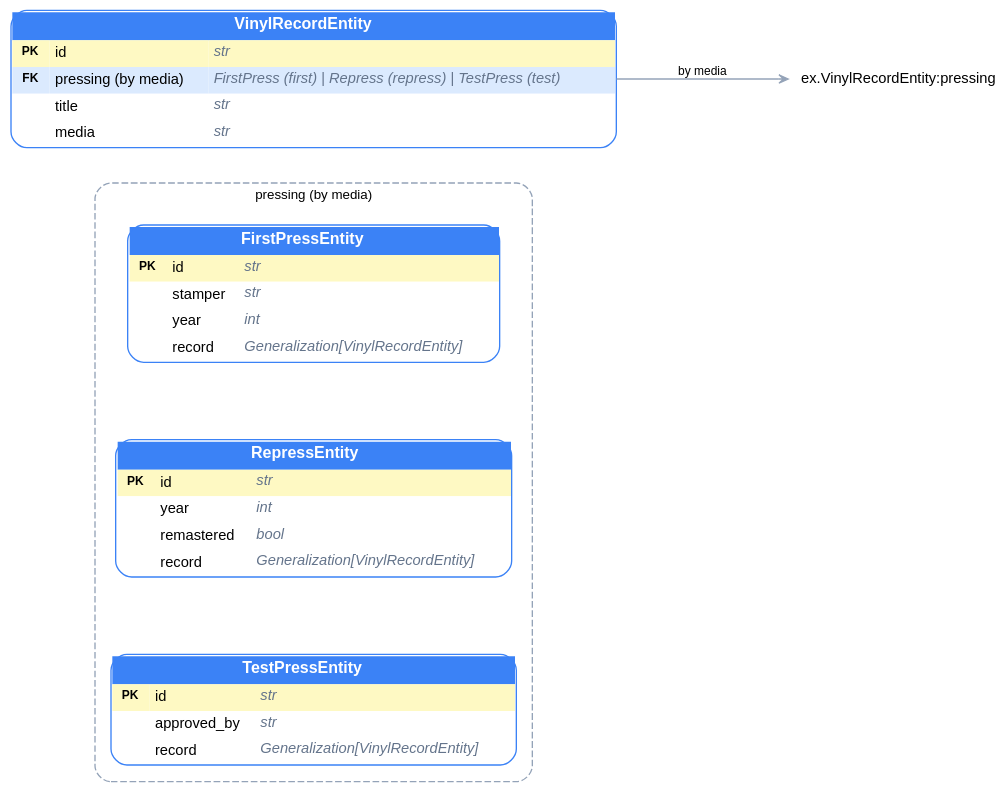
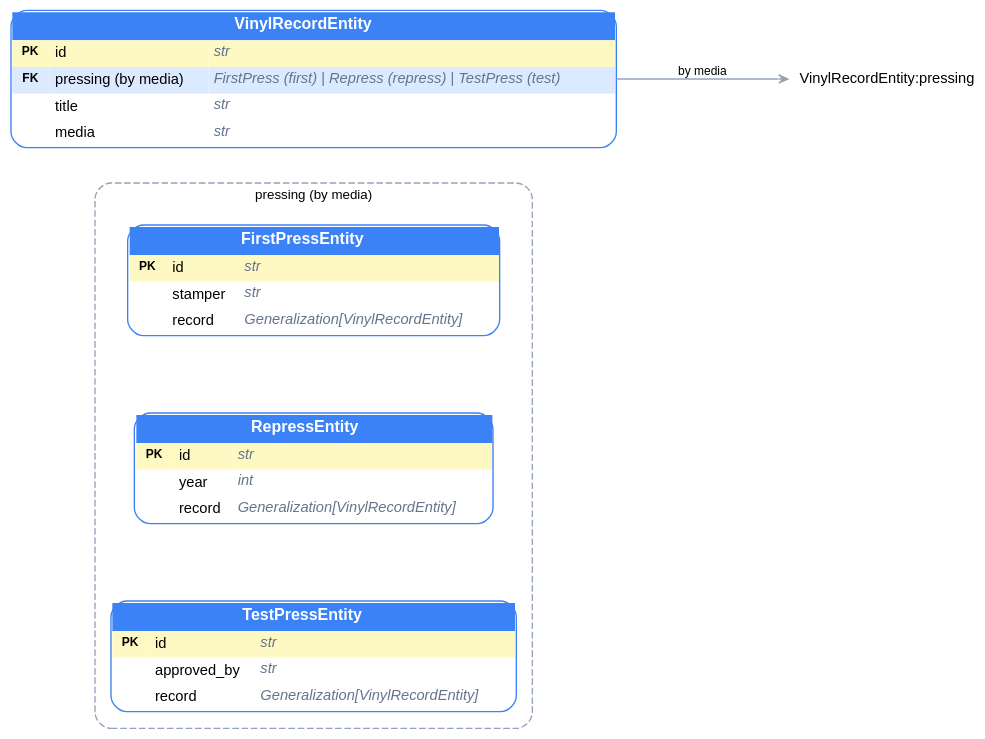
The diagram in examples/step_21_relations/02_specialization_erd.dot (bystrovmaxim/aoa), drawn with Graphviz before and after one commit. The commit also changed 84 other files, not shown here.

```diff
--- a/examples/step_21_relations/02_specialization_erd.dot
+++ b/examples/step_21_relations/02_specialization_erd.dot
@@ -1,30 +1,28 @@
 digraph ERD {
   graph [rankdir=LR fontname="Helvetica" bgcolor=transparent pad="0.5" nodesep="0.8" ranksep="1.2"]
   node  [shape=none fontname="Helvetica" fontsize=11 margin="0"]
   edge  [fontname="Helvetica" fontsize=9 color="#94a3b8" arrowsize=0.7]
 
-  subgraph "cluster_ex.VinylRecordEntity:pressing" {
+  subgraph "cluster_VinylRecordEntity:pressing" {
     label="pressing (by media)";
     style="rounded,dashed";
     color="#94a3b8";
     fontsize=10;
     margin=12;
-  "ex.FirstPressEntity" [label=<<TABLE BGCOLOR="white" BORDER="1" CELLBORDER="0" CELLSPACING="0" CELLPADDING="4" STYLE="ROUNDED" COLOR="#3b82f6"><TR><TD COLSPAN="3" BGCOLOR="#3b82f6" ALIGN="CENTER"><FONT COLOR="white" POINT-SIZE="12"><B>FirstPressEntity</B></FONT></TD></TR><TR><TD BGCOLOR="#fef9c3" ALIGN="CENTER" WIDTH="28"><FONT POINT-SIZE="9"><B>PK</B></FONT></TD><TD BGCOLOR="#fef9c3" ALIGN="LEFT">id</TD><TD BGCOLOR="#fef9c3" ALIGN="LEFT"><FONT COLOR="#64748b"><I>str</I></FONT></TD></TR>
+  "FirstPressEntity" [label=<<TABLE BGCOLOR="white" BORDER="1" CELLBORDER="0" CELLSPACING="0" CELLPADDING="4" STYLE="ROUNDED" COLOR="#3b82f6"><TR><TD COLSPAN="3" BGCOLOR="#3b82f6" ALIGN="CENTER"><FONT COLOR="white" POINT-SIZE="12"><B>FirstPressEntity</B></FONT></TD></TR><TR><TD BGCOLOR="#fef9c3" ALIGN="CENTER" WIDTH="28"><FONT POINT-SIZE="9"><B>PK</B></FONT></TD><TD BGCOLOR="#fef9c3" ALIGN="LEFT">id</TD><TD BGCOLOR="#fef9c3" ALIGN="LEFT"><FONT COLOR="#64748b"><I>str</I></FONT></TD></TR>
       <TR><TD BGCOLOR="#ffffff" WIDTH="28"></TD><TD BGCOLOR="#ffffff" ALIGN="LEFT">stamper</TD><TD BGCOLOR="#ffffff" ALIGN="LEFT"><FONT COLOR="#64748b"><I>str</I></FONT></TD></TR>
+      <TR><TD BGCOLOR="#ffffff" WIDTH="28"></TD><TD BGCOLOR="#ffffff" ALIGN="LEFT">record</TD><TD BGCOLOR="#ffffff" ALIGN="LEFT"><FONT COLOR="#64748b"><I>Generalization[VinylRecordEntity]</I></FONT></TD></TR></TABLE>>]
+  "RepressEntity" [label=<<TABLE BGCOLOR="white" BORDER="1" CELLBORDER="0" CELLSPACING="0" CELLPADDING="4" STYLE="ROUNDED" COLOR="#3b82f6"><TR><TD COLSPAN="3" BGCOLOR="#3b82f6" ALIGN="CENTER"><FONT COLOR="white" POINT-SIZE="12"><B>RepressEntity</B></FONT></TD></TR><TR><TD BGCOLOR="#fef9c3" ALIGN="CENTER" WIDTH="28"><FONT POINT-SIZE="9"><B>PK</B></FONT></TD><TD BGCOLOR="#fef9c3" ALIGN="LEFT">id</TD><TD BGCOLOR="#fef9c3" ALIGN="LEFT"><FONT COLOR="#64748b"><I>str</I></FONT></TD></TR>
       <TR><TD BGCOLOR="#ffffff" WIDTH="28"></TD><TD BGCOLOR="#ffffff" ALIGN="LEFT">year</TD><TD BGCOLOR="#ffffff" ALIGN="LEFT"><FONT COLOR="#64748b"><I>int</I></FONT></TD></TR>
       <TR><TD BGCOLOR="#ffffff" WIDTH="28"></TD><TD BGCOLOR="#ffffff" ALIGN="LEFT">record</TD><TD BGCOLOR="#ffffff" ALIGN="LEFT"><FONT COLOR="#64748b"><I>Generalization[VinylRecordEntity]</I></FONT></TD></TR></TABLE>>]
-  "ex.RepressEntity" [label=<<TABLE BGCOLOR="white" BORDER="1" CELLBORDER="0" CELLSPACING="0" CELLPADDING="4" STYLE="ROUNDED" COLOR="#3b82f6"><TR><TD COLSPAN="3" BGCOLOR="#3b82f6" ALIGN="CENTER"><FONT COLOR="white" POINT-SIZE="12"><B>RepressEntity</B></FONT></TD></TR><TR><TD BGCOLOR="#fef9c3" ALIGN="CENTER" WIDTH="28"><FONT POINT-SIZE="9"><B>PK</B></FONT></TD><TD BGCOLOR="#fef9c3" ALIGN="LEFT">id</TD><TD BGCOLOR="#fef9c3" ALIGN="LEFT"><FONT COLOR="#64748b"><I>str</I></FONT></TD></TR>
-      <TR><TD BGCOLOR="#ffffff" WIDTH="28"></TD><TD BGCOLOR="#ffffff" ALIGN="LEFT">year</TD><TD BGCOLOR="#ffffff" ALIGN="LEFT"><FONT COLOR="#64748b"><I>int</I></FONT></TD></TR>
-      <TR><TD BGCOLOR="#ffffff" WIDTH="28"></TD><TD BGCOLOR="#ffffff" ALIGN="LEFT">remastered</TD><TD BGCOLOR="#ffffff" ALIGN="LEFT"><FONT COLOR="#64748b"><I>bool</I></FONT></TD></TR>
-      <TR><TD BGCOLOR="#ffffff" WIDTH="28"></TD><TD BGCOLOR="#ffffff" ALIGN="LEFT">record</TD><TD BGCOLOR="#ffffff" ALIGN="LEFT"><FONT COLOR="#64748b"><I>Generalization[VinylRecordEntity]</I></FONT></TD></TR></TABLE>>]
-  "ex.TestPressEntity" [label=<<TABLE BGCOLOR="white" BORDER="1" CELLBORDER="0" CELLSPACING="0" CELLPADDING="4" STYLE="ROUNDED" COLOR="#3b82f6"><TR><TD COLSPAN="3" BGCOLOR="#3b82f6" ALIGN="CENTER"><FONT COLOR="white" POINT-SIZE="12"><B>TestPressEntity</B></FONT></TD></TR><TR><TD BGCOLOR="#fef9c3" ALIGN="CENTER" WIDTH="28"><FONT POINT-SIZE="9"><B>PK</B></FONT></TD><TD BGCOLOR="#fef9c3" ALIGN="LEFT">id</TD><TD BGCOLOR="#fef9c3" ALIGN="LEFT"><FONT COLOR="#64748b"><I>str</I></FONT></TD></TR>
+  "TestPressEntity" [label=<<TABLE BGCOLOR="white" BORDER="1" CELLBORDER="0" CELLSPACING="0" CELLPADDING="4" STYLE="ROUNDED" COLOR="#3b82f6"><TR><TD COLSPAN="3" BGCOLOR="#3b82f6" ALIGN="CENTER"><FONT COLOR="white" POINT-SIZE="12"><B>TestPressEntity</B></FONT></TD></TR><TR><TD BGCOLOR="#fef9c3" ALIGN="CENTER" WIDTH="28"><FONT POINT-SIZE="9"><B>PK</B></FONT></TD><TD BGCOLOR="#fef9c3" ALIGN="LEFT">id</TD><TD BGCOLOR="#fef9c3" ALIGN="LEFT"><FONT COLOR="#64748b"><I>str</I></FONT></TD></TR>
       <TR><TD BGCOLOR="#ffffff" WIDTH="28"></TD><TD BGCOLOR="#ffffff" ALIGN="LEFT">approved_by</TD><TD BGCOLOR="#ffffff" ALIGN="LEFT"><FONT COLOR="#64748b"><I>str</I></FONT></TD></TR>
       <TR><TD BGCOLOR="#ffffff" WIDTH="28"></TD><TD BGCOLOR="#ffffff" ALIGN="LEFT">record</TD><TD BGCOLOR="#ffffff" ALIGN="LEFT"><FONT COLOR="#64748b"><I>Generalization[VinylRecordEntity]</I></FONT></TD></TR></TABLE>>]
   }
-  "ex.VinylRecordEntity" [label=<<TABLE BGCOLOR="white" BORDER="1" CELLBORDER="0" CELLSPACING="0" CELLPADDING="4" STYLE="ROUNDED" COLOR="#3b82f6"><TR><TD COLSPAN="3" BGCOLOR="#3b82f6" ALIGN="CENTER"><FONT COLOR="white" POINT-SIZE="12"><B>VinylRecordEntity</B></FONT></TD></TR><TR><TD BGCOLOR="#fef9c3" ALIGN="CENTER" WIDTH="28"><FONT POINT-SIZE="9"><B>PK</B></FONT></TD><TD BGCOLOR="#fef9c3" ALIGN="LEFT">id</TD><TD BGCOLOR="#fef9c3" ALIGN="LEFT"><FONT COLOR="#64748b"><I>str</I></FONT></TD></TR>
+  "VinylRecordEntity" [label=<<TABLE BGCOLOR="white" BORDER="1" CELLBORDER="0" CELLSPACING="0" CELLPADDING="4" STYLE="ROUNDED" COLOR="#3b82f6"><TR><TD COLSPAN="3" BGCOLOR="#3b82f6" ALIGN="CENTER"><FONT COLOR="white" POINT-SIZE="12"><B>VinylRecordEntity</B></FONT></TD></TR><TR><TD BGCOLOR="#fef9c3" ALIGN="CENTER" WIDTH="28"><FONT POINT-SIZE="9"><B>PK</B></FONT></TD><TD BGCOLOR="#fef9c3" ALIGN="LEFT">id</TD><TD BGCOLOR="#fef9c3" ALIGN="LEFT"><FONT COLOR="#64748b"><I>str</I></FONT></TD></TR>
       <TR><TD BGCOLOR="#dbeafe" ALIGN="CENTER" WIDTH="28"><FONT POINT-SIZE="9"><B>FK</B></FONT></TD><TD BGCOLOR="#dbeafe" ALIGN="LEFT">pressing (by media)</TD><TD BGCOLOR="#dbeafe" ALIGN="LEFT"><FONT COLOR="#64748b"><I>FirstPress (first) | Repress (repress) | TestPress (test)</I></FONT></TD></TR>
       <TR><TD BGCOLOR="#ffffff" WIDTH="28"></TD><TD BGCOLOR="#ffffff" ALIGN="LEFT">title</TD><TD BGCOLOR="#ffffff" ALIGN="LEFT"><FONT COLOR="#64748b"><I>str</I></FONT></TD></TR>
       <TR><TD BGCOLOR="#ffffff" WIDTH="28"></TD><TD BGCOLOR="#ffffff" ALIGN="LEFT">media</TD><TD BGCOLOR="#ffffff" ALIGN="LEFT"><FONT COLOR="#64748b"><I>str</I></FONT></TD></TR></TABLE>>]
 
-  "ex.VinylRecordEntity" -> "ex.VinylRecordEntity:pressing" [label="by media" fontsize=9 arrowhead=vee]
+  "VinylRecordEntity" -> "VinylRecordEntity:pressing" [label="by media" fontsize=9 arrowhead=vee]
 }
```
